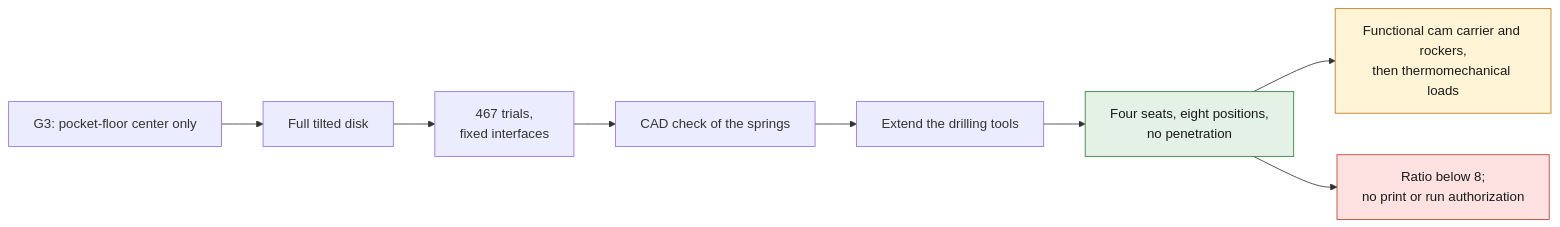
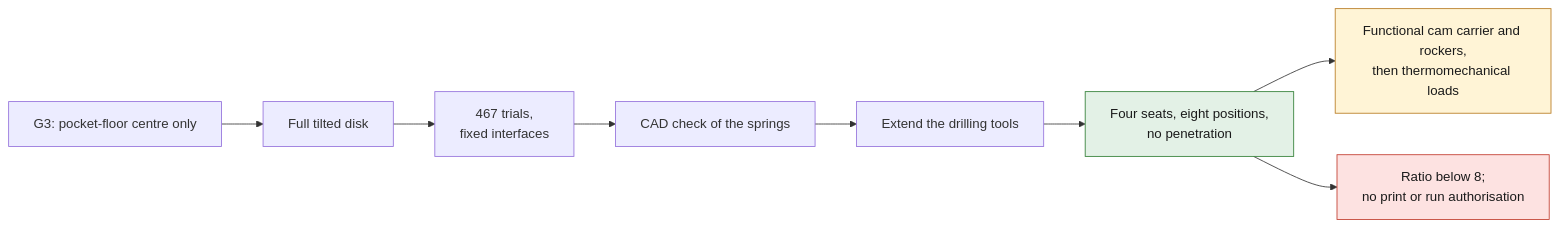
Before and after one commit to cluster2600/porscheparts: the diagram in docs/reports/M64_G4_SPRING_LAYOUT_20260925.md, drawn with Mermaid. The commit also changed other lines of this file and 480 other files, not shown here.

````diff
--- a/docs/reports/M64_G4_SPRING_LAYOUT_20260925.md
+++ b/docs/reports/M64_G4_SPRING_LAYOUT_20260925.md
@@ -12,16 +12,16 @@
 ```mermaid
 flowchart LR
-    A["G3: pocket-floor center only"] --> B["Full tilted disk"]
+    A["G3: pocket-floor centre only"] --> B["Full tilted disk"]
     B --> C["467 trials,<br/>fixed interfaces"]
     C --> D["CAD check of the springs"]
     D --> E["Extend the drilling tools"]
     E --> F["Four seats, eight positions,<br/>no penetration"]
     F --> G["Functional cam carrier and rockers,<br/>then thermomechanical loads"]
-    F --> H["Ratio below 8;<br/>no print or run authorization"]
+    F --> H["Ratio below 8;<br/>no print or run authorisation"]
     classDef ok fill:#e3f1e6,stroke:#2e7d32,color:#1a1a1a;
     classDef open fill:#fff4d6,stroke:#b7791f,color:#1a1a1a;
     classDef stop fill:#fde2e1,stroke:#c0392b,color:#1a1a1a;
     class F ok;
     class G open;
     class H stop;
 ```
````
